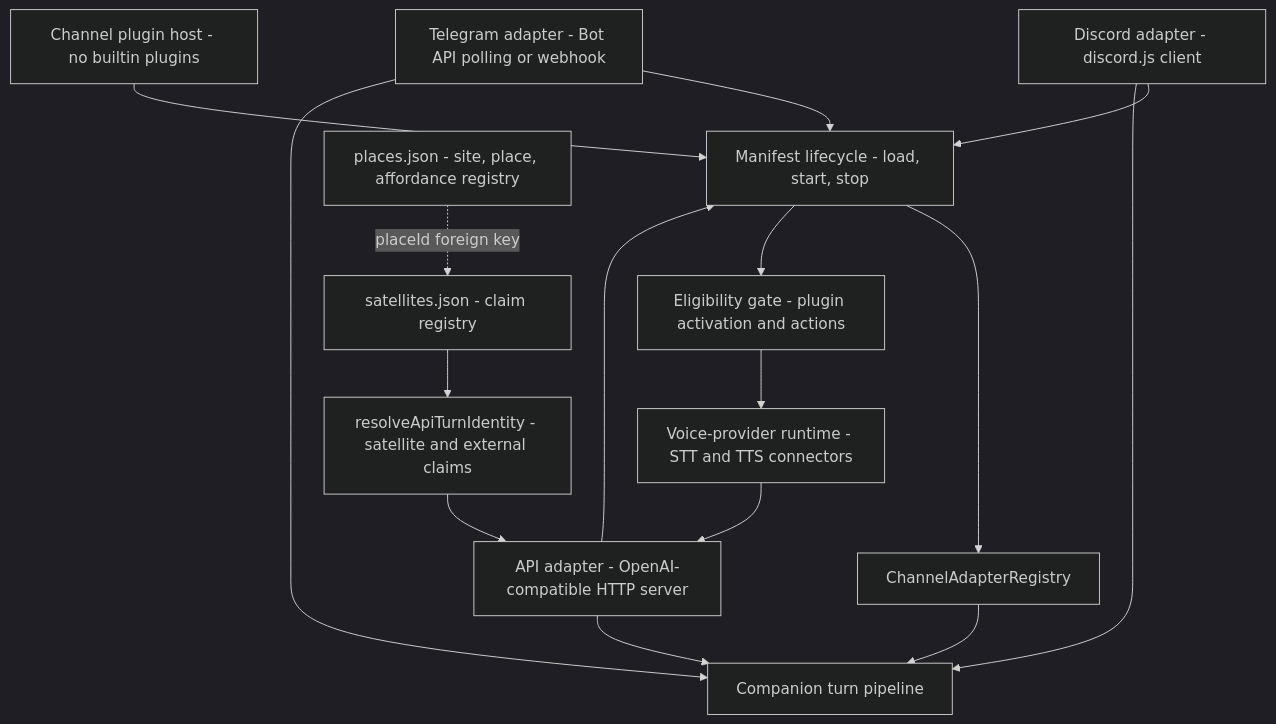
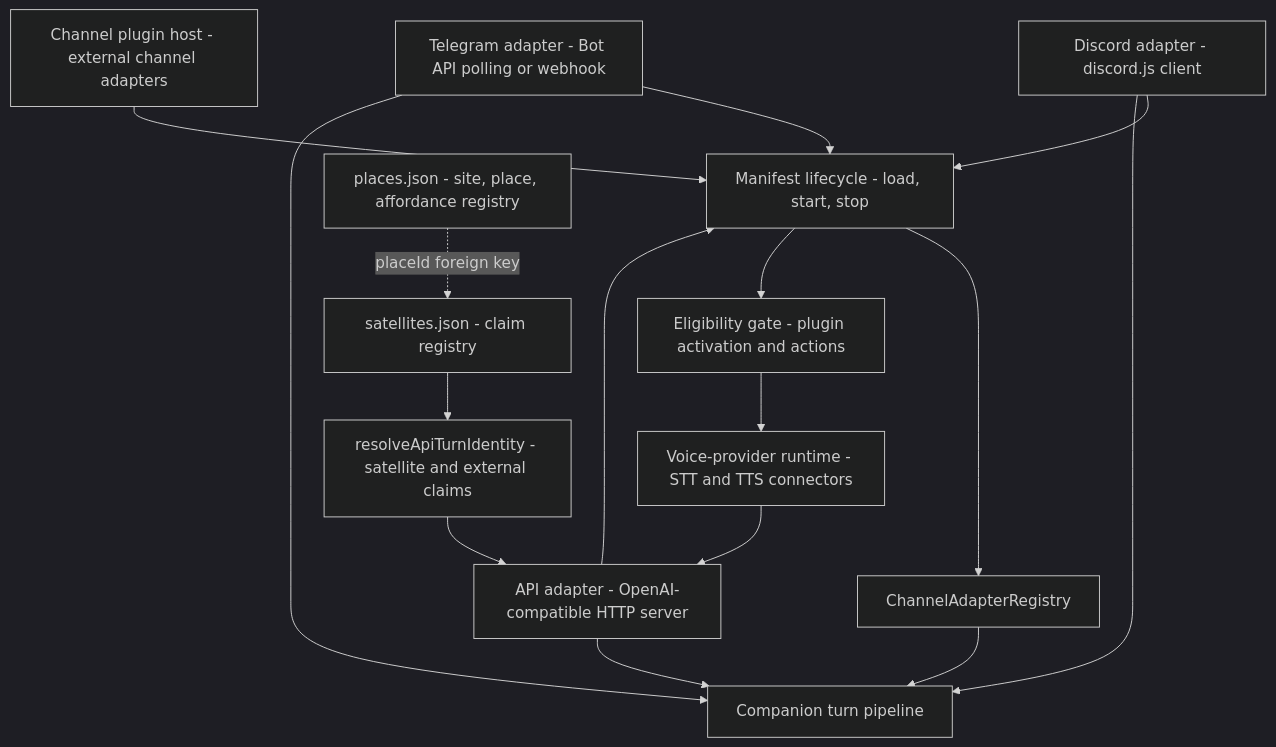
Before and after one commit to CGIC-AI/psfn-framework: the diagram in docs/channels/overview.md, drawn with Mermaid (dark theme). The commit also changed 1 other file, not shown here.

Commit message:
docs(channels): describe the external channel adapter protocol and isolation
Replace the empty builtin-plugins note with the external channel section:
channels.json.external contract, protocol version 1 tools and results,
isolation guarantees, and how to write and conformance-test a bridge.

Refs: psfn-framework-pus8m

````diff
--- a/docs/channels/overview.md
+++ b/docs/channels/overview.md
@@ -87,31 +87,31 @@
 ```mermaid
 flowchart TD
     DISCORD["Discord adapter - discord.js client"]
     TELEGRAM["Telegram adapter - Bot API polling or webhook"]
     API["API adapter - OpenAI-compatible HTTP server"]
-    PLUGIN["Channel plugin host - no builtin plugins"]
+    PLUGIN["Channel plugin host - external channel adapters"]
     REG["ChannelAdapterRegistry"]
     LIFE["Manifest lifecycle - load, start, stop"]
     ELIG["Eligibility gate - plugin activation and actions"]
     VOICE["Voice-provider runtime - STT and TTS connectors"]
     SAT["satellites.json - claim registry"]
     PLACES["places.json - site, place, affordance registry"]
     PIPELINE["Companion turn pipeline"]
     CLAIM["resolveApiTurnIdentity - satellite and external claims"]
 
     DISCORD --> LIFE
     TELEGRAM --> LIFE
     API --> LIFE
     PLUGIN --> LIFE
     LIFE --> REG
     LIFE --> ELIG
     ELIG --> VOICE
     VOICE --> API
     SAT --> CLAIM
     CLAIM --> API
     PLACES -. placeId foreign key .-> SAT
     REG --> PIPELINE
     DISCORD --> PIPELINE
     TELEGRAM --> PIPELINE
     API --> PIPELINE
 ```
````
